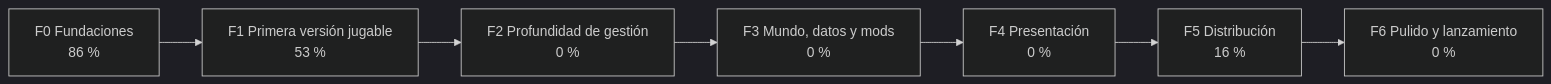
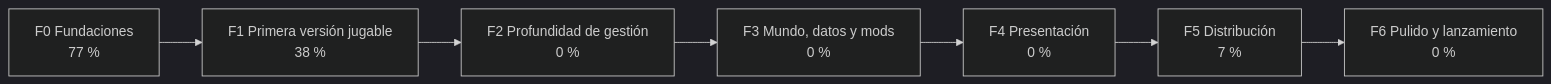
Before and after one commit to dariogea/BM27: the diagram in README.md, drawn with Mermaid (dark theme). The commit also changed other lines of this file and 8 other files, not shown here.

Commit message:
Ampliar el roadmap y presentar BM27 con una portada editorial (#44)

````diff
--- a/README.md
+++ b/README.md
@@ -20,11 +52,11 @@
 ```mermaid
 flowchart LR
-  F0["F0 Fundaciones<br/>86 %"]
-  F1["F1 Primera versión jugable<br/>53 %"]
+  F0["F0 Fundaciones<br/>77 %"]
+  F1["F1 Primera versión jugable<br/>38 %"]
   F2["F2 Profundidad de gestión<br/>0 %"]
   F3["F3 Mundo, datos y mods<br/>0 %"]
   F4["F4 Presentación<br/>0 %"]
-  F5["F5 Distribución<br/>16 %"]
+  F5["F5 Distribución<br/>7 %"]
   F6["F6 Pulido y lanzamiento<br/>0 %"]
   F0 --> F1 --> F2 --> F3 --> F4 --> F5 --> F6
 ```
````
